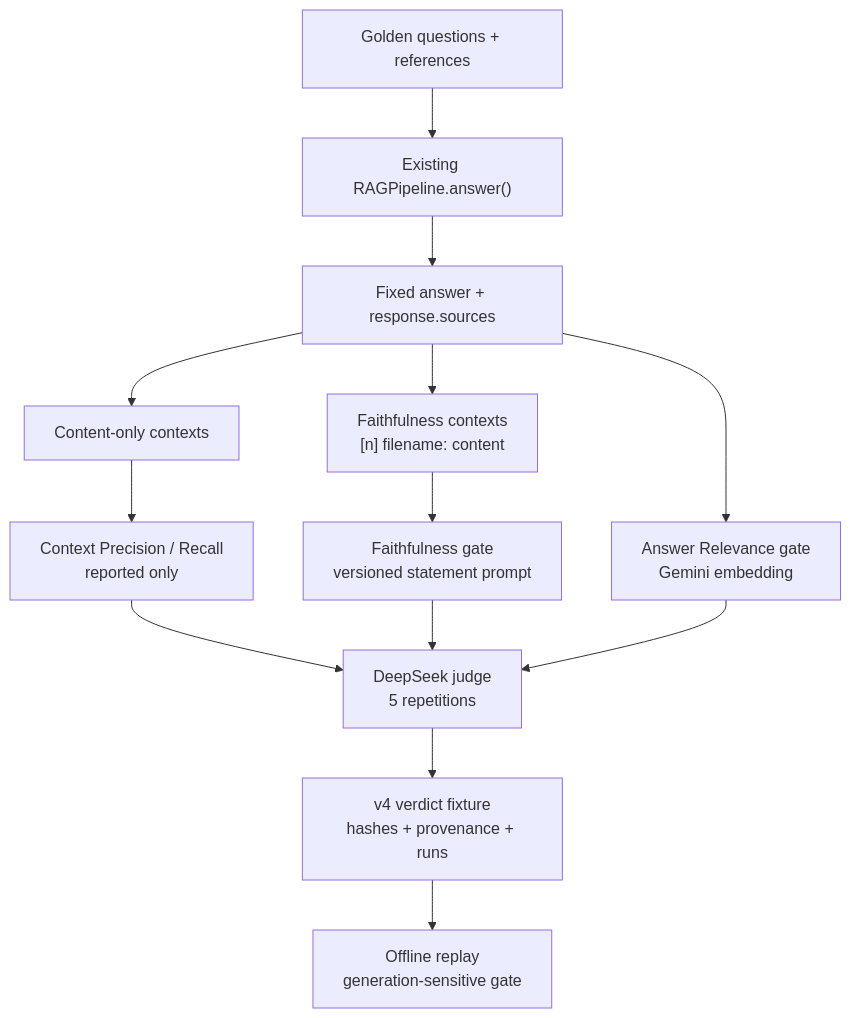
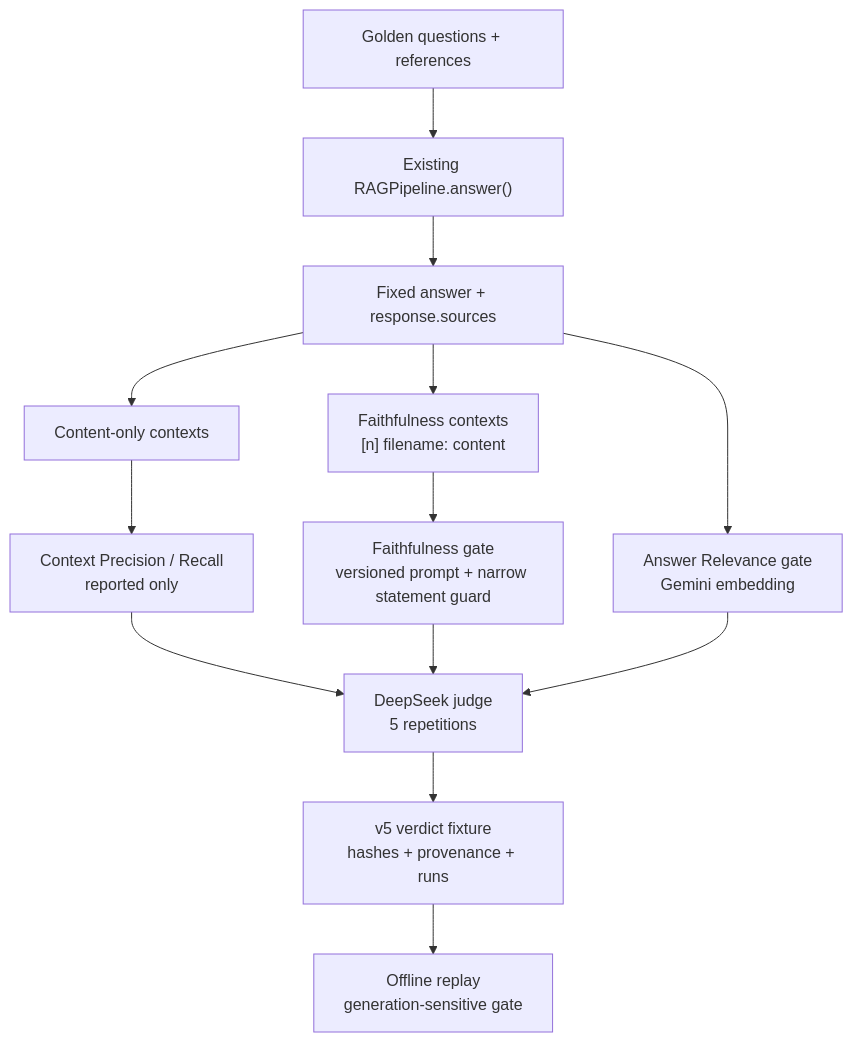
The tenth of 10 diagrams in docs/architecture.md (Jhy13294/cognitive-rag-engine), drawn with Mermaid before and after one commit. The commit also changed other lines of this file and 15 other files, not shown here.

````diff
--- a/docs/architecture.md
+++ b/docs/architecture.md
@@ -271,15 +271,15 @@
 ```mermaid
 flowchart TD
     G["Golden questions + references"] --> P["Existing RAGPipeline.answer()"]
     P --> S["Fixed answer + response.sources"]
     S --> C1["Content-only contexts"]
     S --> C2["Faithfulness contexts\n[n] filename: content"]
     C1 --> CP["Context Precision / Recall\nreported only"]
-    C2 --> FAI["Faithfulness gate\nversioned statement prompt"]
+    C2 --> FAI["Faithfulness gate\nversioned prompt + narrow statement guard"]
     S --> AR["Answer Relevance gate\nGemini embedding"]
     CP --> J["DeepSeek judge\n5 repetitions"]
     FAI --> J
     AR --> J
-    J --> V["v4 verdict fixture\nhashes + provenance + runs"]
+    J --> V["v5 verdict fixture\nhashes + provenance + runs"]
     V --> R["Offline replay\ngeneration-sensitive gate"]
 ```
````
